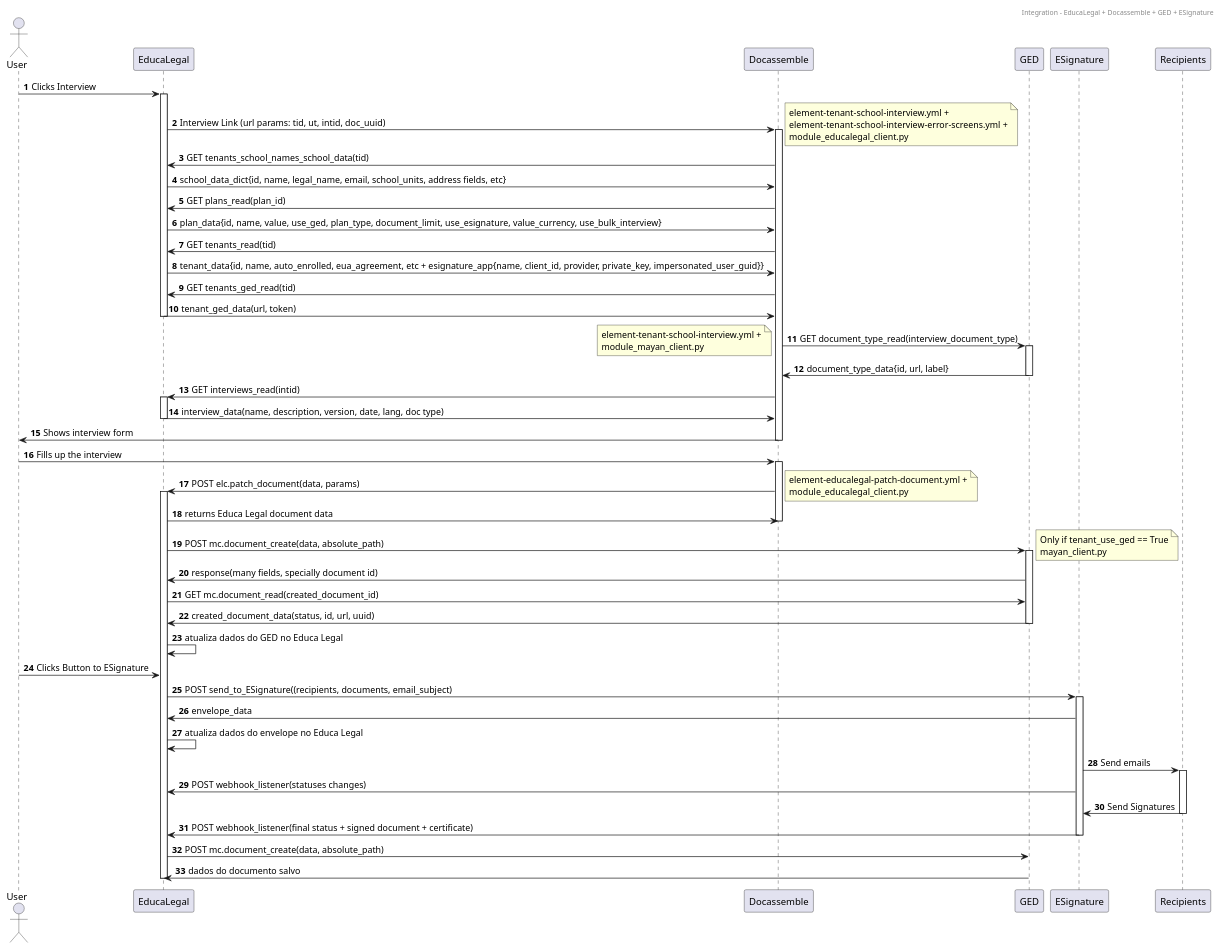
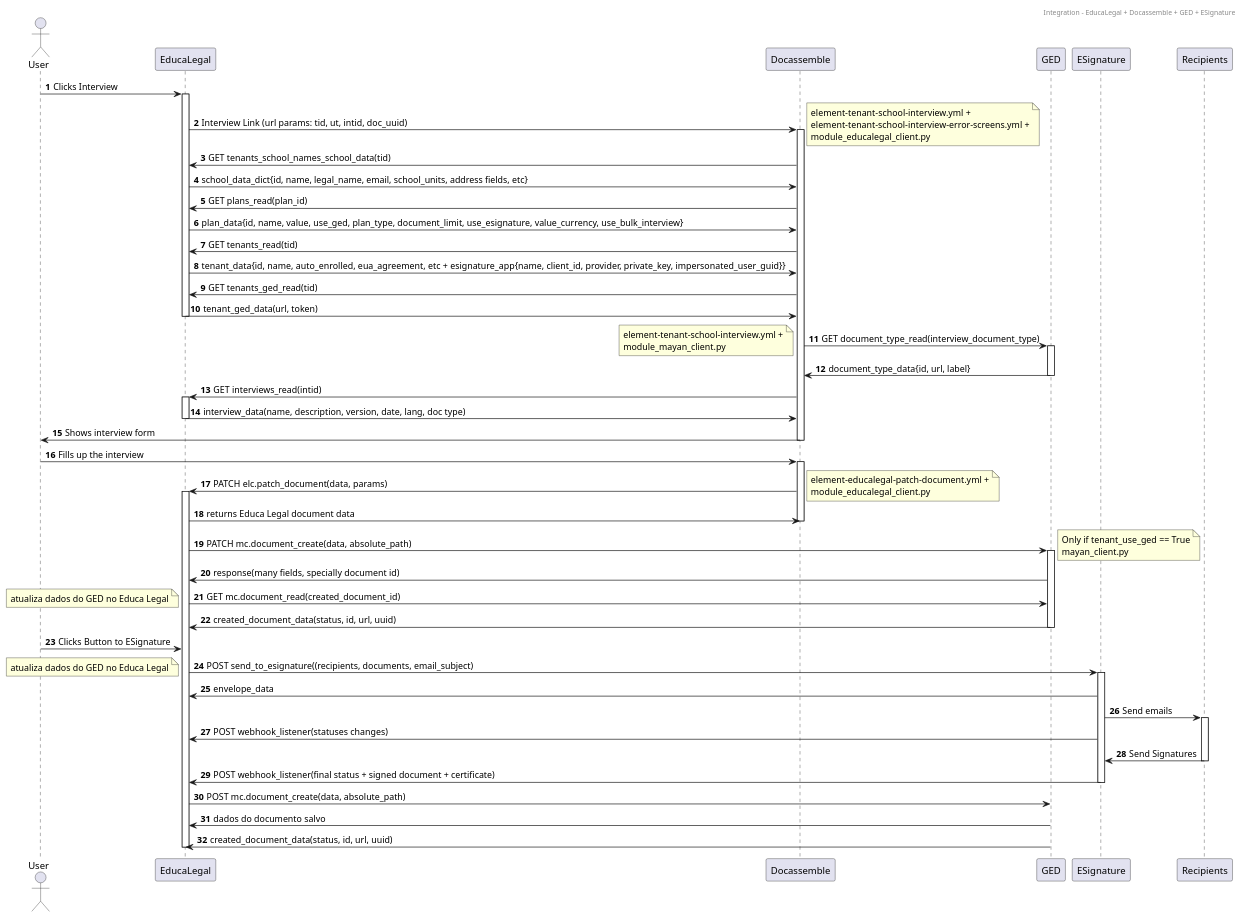
One commit to rvnovaes/educalegal changed the diagram in fluxos/educalegal_api_seq_diagram.pu. Above: the diagram before and after it, drawn with PlantUML. The commit also changed 3 other files, not shown here.

```diff
--- a/fluxos/educalegal_api_seq_diagram.pu
+++ b/fluxos/educalegal_api_seq_diagram.pu
@@ -1,99 +1,106 @@
 @startuml
 header Integration - EducaLegal + Docassemble + GED + ESignature
 actor User
 autonumber
 
 User -> EducaLegal: Clicks Interview
 activate EducaLegal
 
 EducaLegal -> Docassemble: Interview Link (url params: tid, ut, intid, doc_uuid)
 activate Docassemble
 
 note right
 element-tenant-school-interview.yml +
 element-tenant-school-interview-error-screens.yml +
 module_educalegal_client.py
 end note
 
 Docassemble -> EducaLegal: GET tenants_school_names_school_data(tid)
 EducaLegal -> Docassemble: school_data_dict{id, name, legal_name, email, school_units, address fields, etc}
 
 Docassemble -> EducaLegal: GET plans_read(plan_id)
 EducaLegal -> Docassemble: plan_data{id, name, value, use_ged, plan_type, document_limit, use_esignature, value_currency, use_bulk_interview}
 
 Docassemble -> EducaLegal : GET tenants_read(tid)
 EducaLegal -> Docassemble: tenant_data{id, name, auto_enrolled, eua_agreement, etc + esignature_app{name, client_id, provider, private_key, impersonated_user_guid}}
 
 Docassemble -> EducaLegal: GET tenants_ged_read(tid)
 EducaLegal -> Docassemble: tenant_ged_data(url, token)
 deactivate EducaLegal
 
 Docassemble -> GED: GET document_type_read(interview_document_type)
 activate GED
 
 note left
 element-tenant-school-interview.yml +
 module_mayan_client.py
 end note
 
 GED -> Docassemble: document_type_data{id, url, label}
 deactivate GED
 
 Docassemble -> EducaLegal: GET interviews_read(intid)
 activate EducaLegal
 
 
 EducaLegal -> Docassemble: interview_data(name, description, version, date, lang, doc type)
 deactivate EducaLegal
 
 Docassemble -> User: Shows interview form
 deactivate Docassemble
 
 User -> Docassemble: Fills up the interview
 activate Docassemble
 
-Docassemble -> EducaLegal: POST elc.patch_document(data, params)
+Docassemble -> EducaLegal: PATCH elc.patch_document(data, params)
 activate EducaLegal
 
 note right
 element-educalegal-patch-document.yml +
 module_educalegal_client.py
 end note
 
 EducaLegal -> Docassemble: returns Educa Legal document data
 deactivate Docassemble
 
-EducaLegal -> GED: POST mc.document_create(data, absolute_path)
+EducaLegal -> GED: PATCH mc.document_create(data, absolute_path)
 activate GED
 
 note right
 Only if tenant_use_ged == True
 mayan_client.py
 end note
 
 GED -> EducaLegal: response(many fields, specially document id)
 EducaLegal -> GED: GET mc.document_read(created_document_id)
+note left
+atualiza dados do GED no Educa Legal
+end note
 GED -> EducaLegal: created_document_data(status, id, url, uuid)
 deactivate GED
-EducaLegal -> EducaLegal: atualiza dados do GED no Educa Legal
+
+
 User -> EducaLegal: Clicks Button to ESignature
 
-EducaLegal -> ESignature: POST send_to_ESignature((recipients, documents, email_subject)
+EducaLegal -> ESignature: POST send_to_esignature((recipients, documents, email_subject)
+note left
+atualiza dados do GED no Educa Legal
+end note
 activate ESignature
 
 ESignature -> EducaLegal: envelope_data
-EducaLegal -> EducaLegal: atualiza dados do envelope no Educa Legal
 
 ESignature -> Recipients: Send emails
 activate Recipients
 ESignature -> EducaLegal: POST webhook_listener(statuses changes)
 Recipients -> ESignature: Send Signatures
 deactivate Recipients
 
 ESignature -> EducaLegal: POST webhook_listener(final status + signed document + certificate)
 deactivate ESignature
 
 EducaLegal -> GED: POST mc.document_create(data, absolute_path)
 GED -> EducaLegal: dados do documento salvo
+GED -> EducaLegal: created_document_data(status, id, url, uuid)
 deactivate EducaLegal
 @enduml
```
